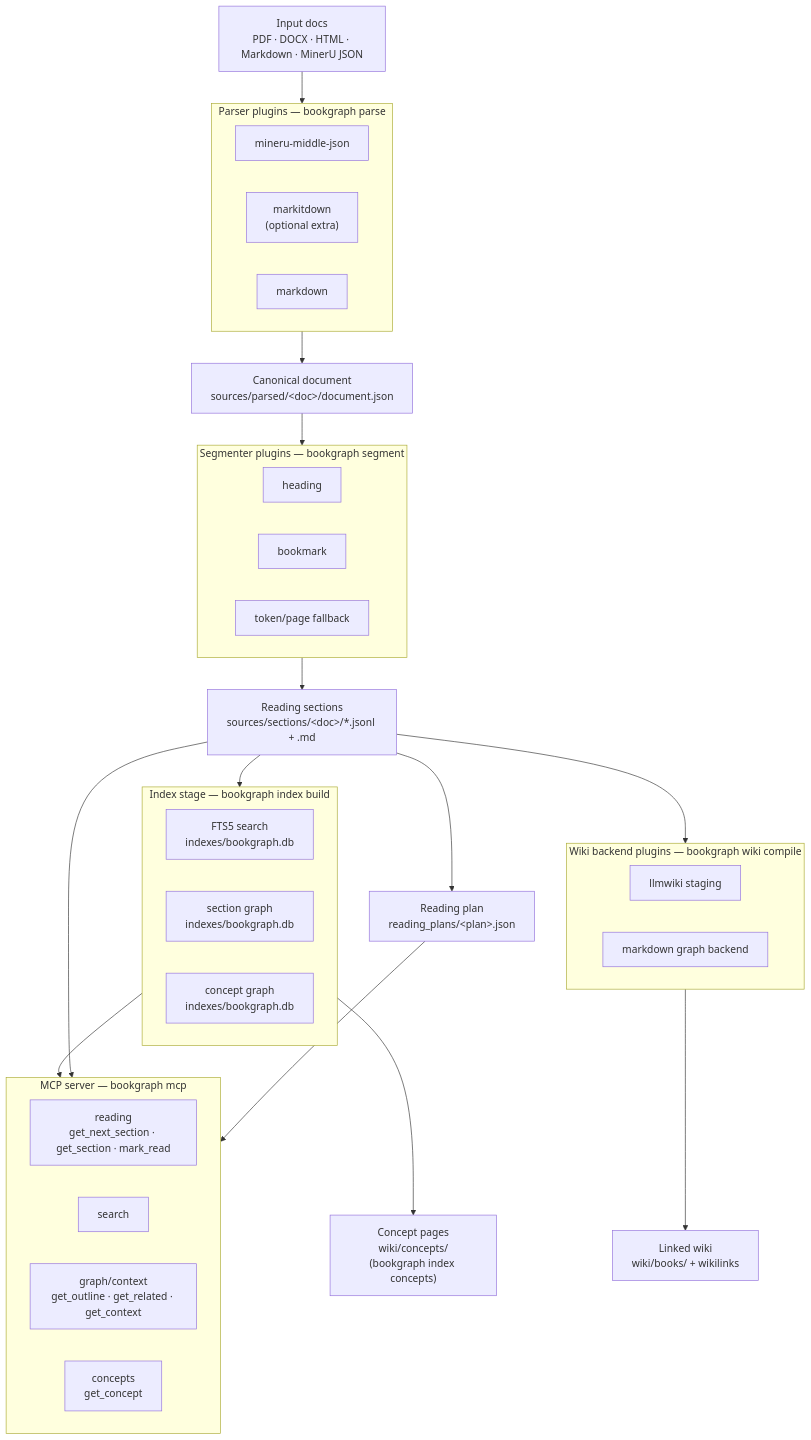
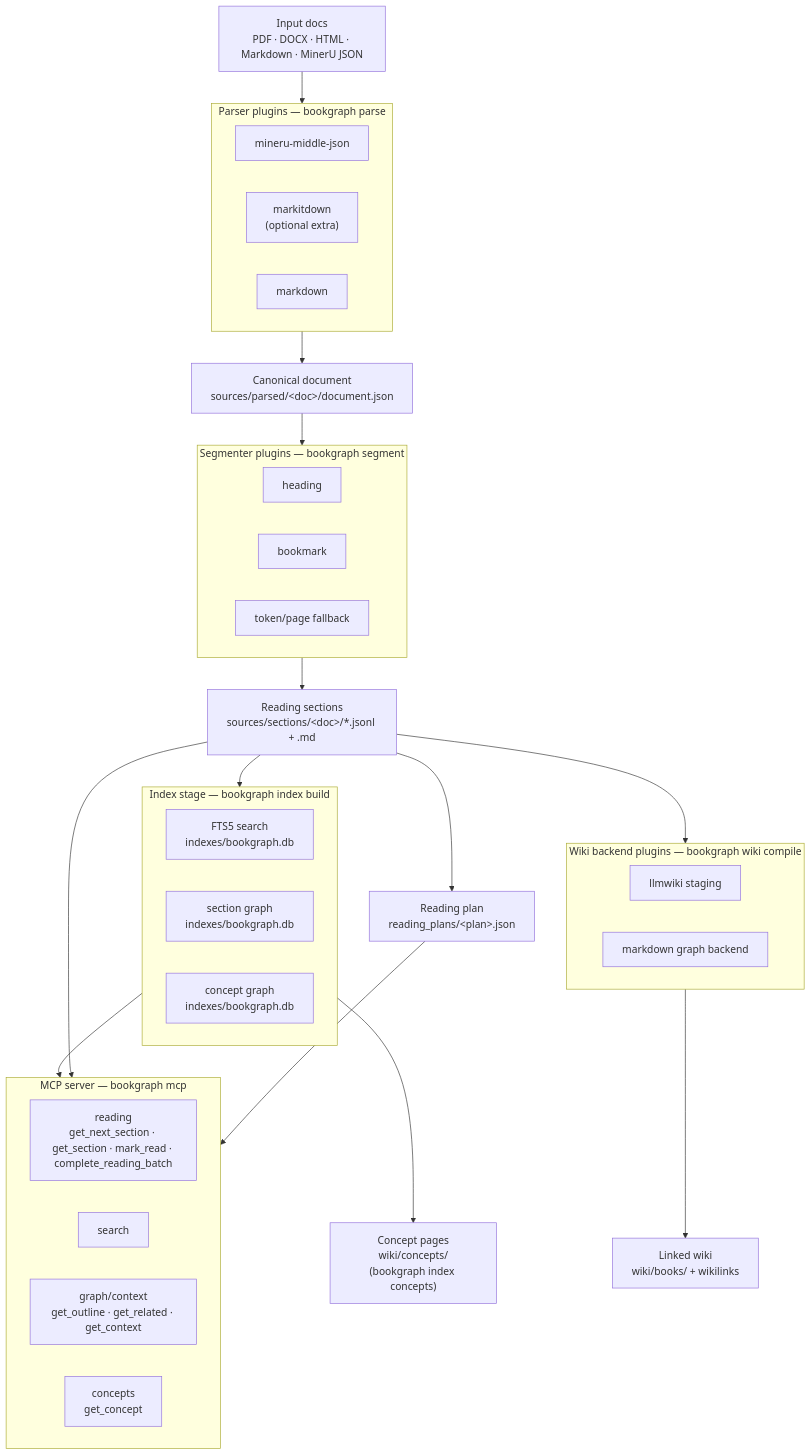
The diagram in README.md (chimeyrock999/bookgraph), drawn with Mermaid before and after one commit. The commit also changed 17 other files, not shown here.

First line of the commit message:
feat: formal transaction boundary for reading batch completion (#36)

````diff
--- a/README.md
+++ b/README.md
@@ -140,58 +140,58 @@
 ```mermaid
 flowchart TD
     docs["Input docs<br/>PDF · DOCX · HTML · Markdown · MinerU JSON"]
 
     docs --> P
 
     subgraph P["Parser plugins — bookgraph parse"]
         direction LR
         P1["mineru-middle-json"]
         P2["markitdown<br/>(optional extra)"]
         P3["markdown"]
     end
 
     P --> DOC["Canonical document<br/>sources/parsed/&lt;doc&gt;/document.json"]
     DOC --> S
 
     subgraph S["Segmenter plugins — bookgraph segment"]
         direction LR
         S1["heading"]
         S2["bookmark"]
         S3["token/page fallback"]
     end
 
     S --> SEC["Reading sections<br/>sources/sections/&lt;doc&gt;/*.jsonl + .md"]
 
     SEC --> IDX
     SEC --> RP["Reading plan<br/>reading_plans/&lt;plan&gt;.json"]
     SEC --> W
 
     subgraph IDX["Index stage — bookgraph index build"]
         direction LR
         IDX1["FTS5 search<br/>indexes/bookgraph.db"]
         IDX2["section graph<br/>indexes/bookgraph.db"]
         IDX3["concept graph<br/>indexes/bookgraph.db"]
     end
 
     subgraph W["Wiki backend plugins — bookgraph wiki compile"]
         direction LR
         W1["llmwiki staging"]
         W2["markdown graph backend"]
     end
 
     W --> WIKI["Linked wiki<br/>wiki/books/ + wikilinks"]
     IDX --> WIKIC["Concept pages<br/>wiki/concepts/<br/>(bookgraph index concepts)"]
 
     IDX --> MCP
     SEC --> MCP
     RP --> MCP
 
     subgraph MCP["MCP server — bookgraph mcp"]
         direction LR
-        MCP1["reading<br/>get_next_section · get_section · mark_read"]
+        MCP1["reading<br/>get_next_section · get_section · mark_read · complete_reading_batch"]
         MCP2["search"]
         MCP3["graph/context<br/>get_outline · get_related · get_context"]
         MCP4["concepts<br/>get_concept"]
     end
 
 ```
````
